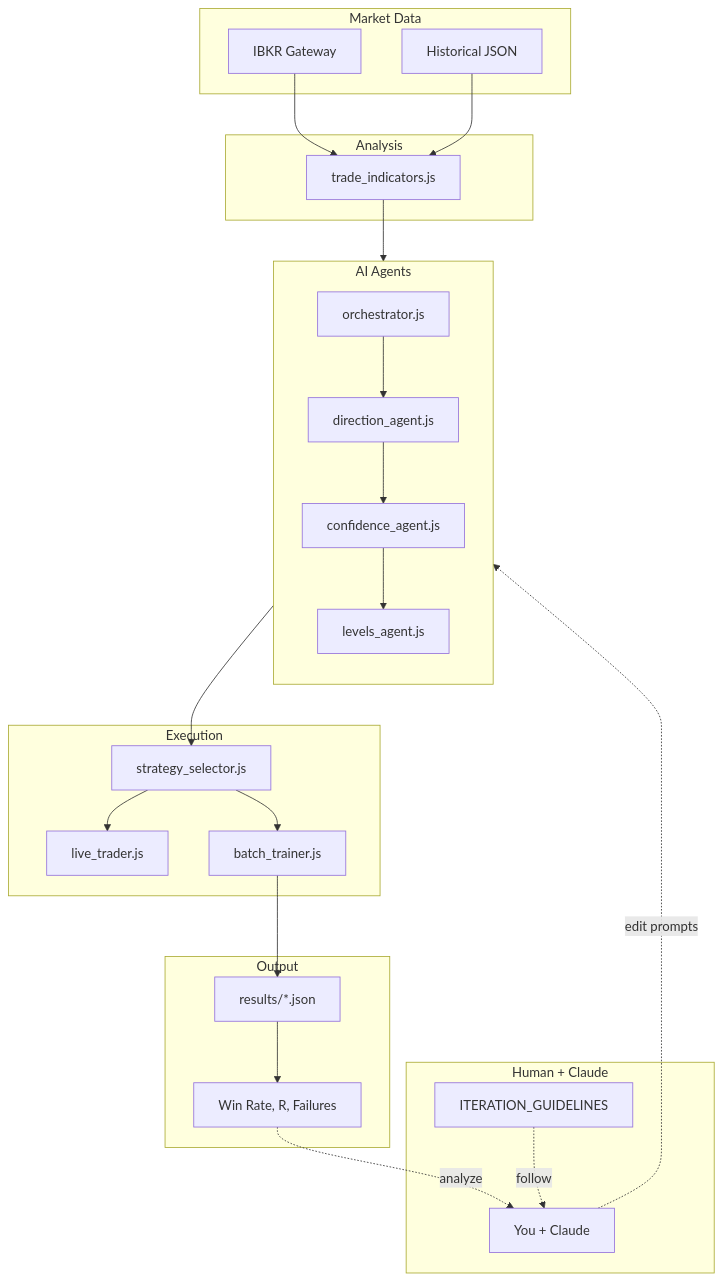
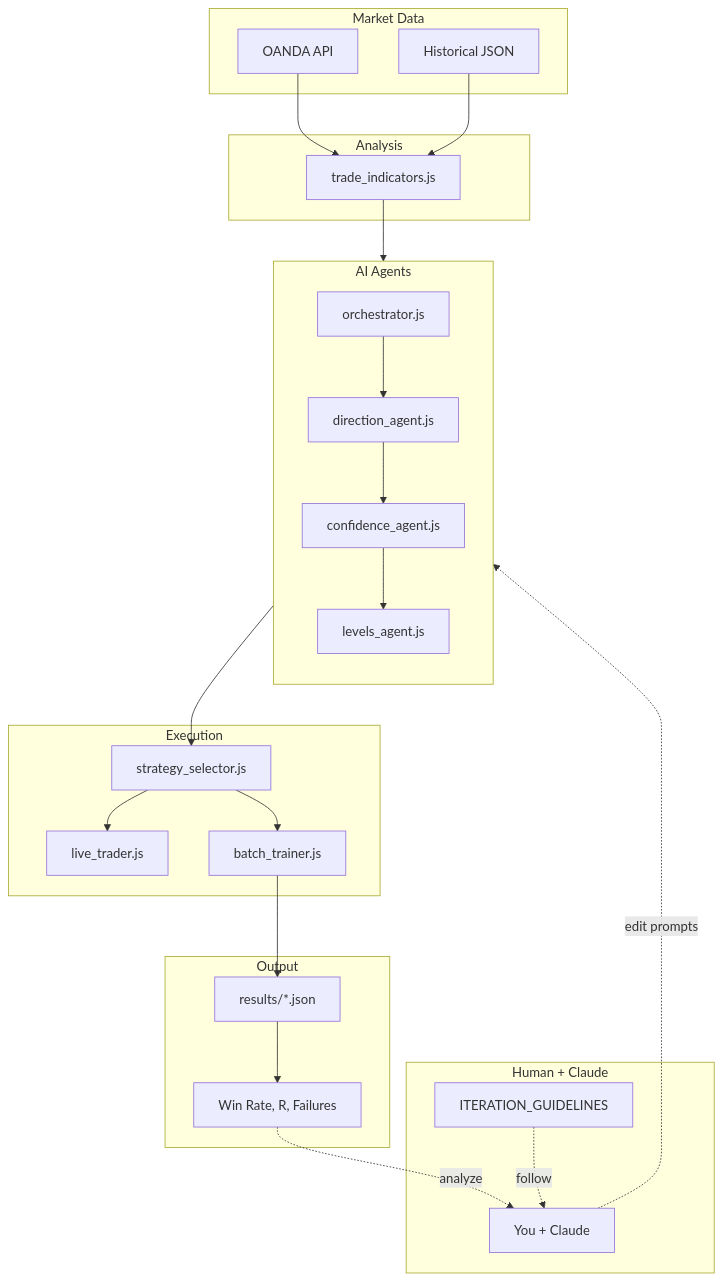
The first of 4 diagrams in docs/STRUCTURE.md (grodcas/tradebot), drawn with Mermaid before and after one commit. The commit also changed other lines of this file and 8 other files, not shown here.

First line of the commit message:
Switch from IBKR to OANDA for historical data

````diff
--- a/docs/STRUCTURE.md
+++ b/docs/STRUCTURE.md
@@ -16,59 +16,59 @@
 ```mermaid
 flowchart TB
     subgraph DATA["Market Data"]
-        IBKR[IBKR Gateway]
+        OANDA[OANDA API]
         HIST[Historical JSON]
     end
 
     subgraph ANALYSIS["Analysis"]
         IND[trade_indicators.js]
     end
 
     subgraph AGENTS["AI Agents"]
         direction TB
         ORCH[orchestrator.js]
         DIR[direction_agent.js]
         CONF[confidence_agent.js]
         LEV[levels_agent.js]
     end
 
     subgraph EXECUTION["Execution"]
         STRAT[strategy_selector.js]
         LIVE[live_trader.js]
         BATCH[batch_trainer.js]
     end
 
     subgraph RESULTS["Output"]
         RES[results/*.json]
         STATS[Win Rate, R, Failures]
     end
 
     subgraph ITERATION["Human + Claude"]
         GUIDE[ITERATION_GUIDELINES]
         HUMAN[You + Claude]
     end
 
-    IBKR --> IND
+    OANDA --> IND
     HIST --> IND
     IND --> ORCH
     ORCH --> DIR
     DIR --> CONF
     CONF --> LEV
     LEV --> STRAT
     STRAT --> LIVE
     STRAT --> BATCH
     BATCH --> RES
     RES --> STATS
     STATS -.->|analyze| HUMAN
     HUMAN -.->|edit prompts| ORCH
     GUIDE -.->|follow| HUMAN
 
     click IND "features/batch-trainer.md" "Technical indicators"
     click ORCH "features/agents.md" "Agent orchestration"
     click DIR "features/agents.md" "Direction analysis"
     click CONF "features/agents.md" "Confidence scoring"
     click LEV "features/agents.md" "Level setting"
     click BATCH "features/batch-trainer.md" "Backtesting"
     click LIVE "features/live-trader.md" "Live trading"
     click GUIDE "guidelines/ITERATION_GUIDELINES.md" "How to iterate"
 ```
````
